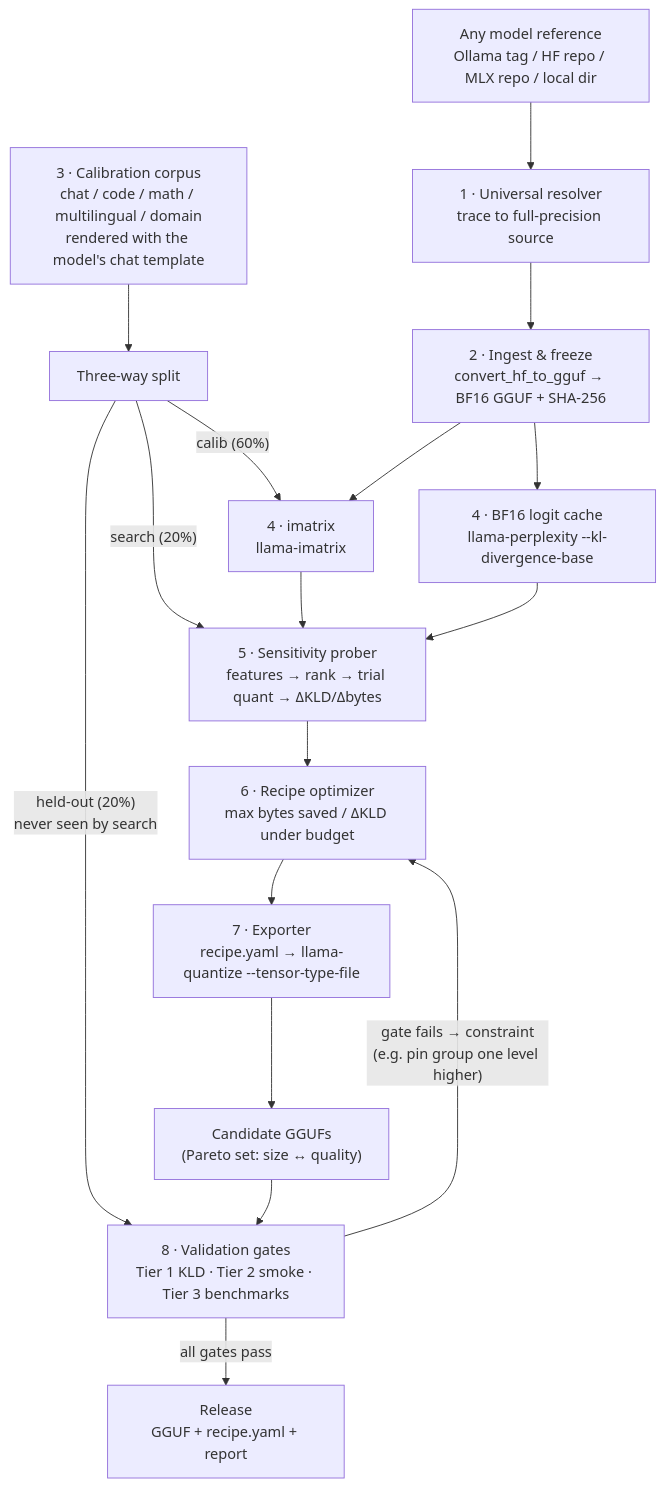
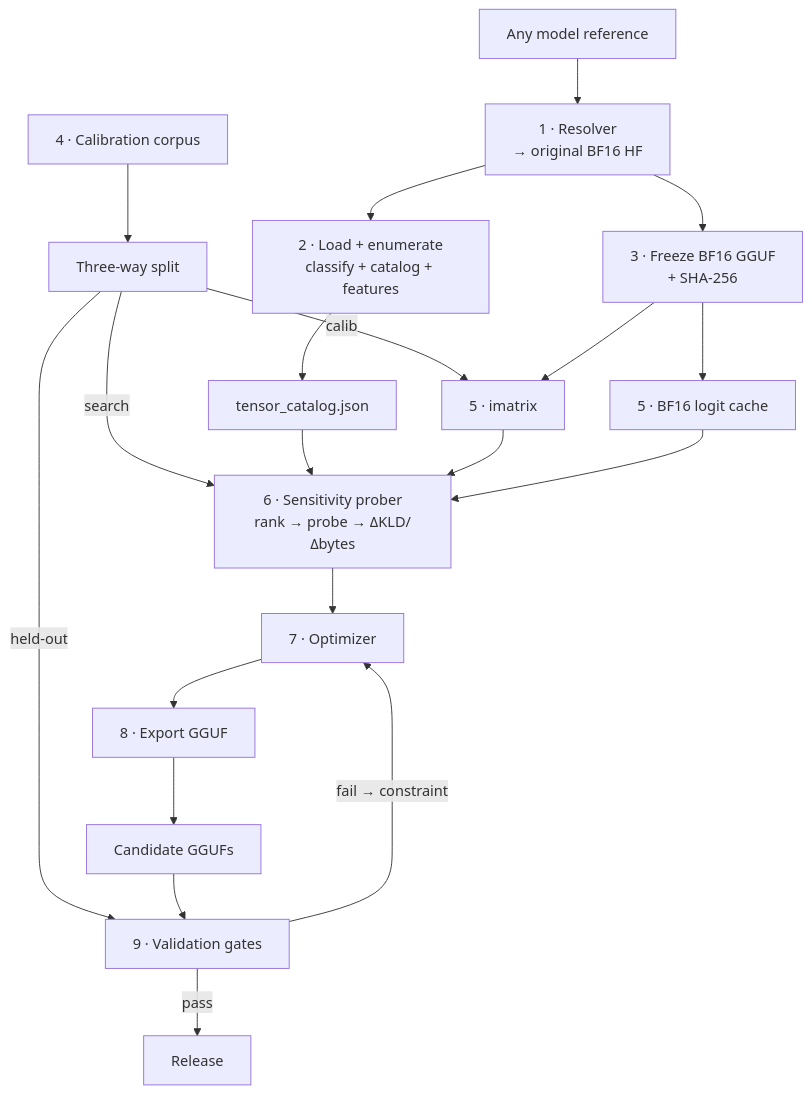
Before and after one commit to imrrohitt/OpenDynamicGGUF: the diagram in README.md, drawn with Mermaid. The commit also changed other lines of this file, not shown here.

Commit message:
README: resolve → load → classify → catalog → features

````diff
--- a/README.md
+++ b/README.md
@@ -87,19 +119,22 @@
 ```mermaid
 flowchart TD
-    A["Any model reference\nOllama tag / HF repo / MLX repo / local dir"] --> R["1 · Universal resolver\ntrace to full-precision source"]
-    R --> B["2 · Ingest & freeze\nconvert_hf_to_gguf → BF16 GGUF + SHA-256"]
-    C["3 · Calibration corpus\nchat / code / math / multilingual / domain\nrendered with the model's chat template"] --> D["Three-way split"]
-    D -->|"calib (60%)"| E["4 · imatrix\nllama-imatrix"]
-    D -->|"search (20%)"| G
-    D -->|"held-out (20%)\nnever seen by search"| K
+    A["Any model reference"] --> R["1 · Resolver\n→ original BF16 HF"]
+    R --> L["2 · Load + enumerate\nclassify + catalog + features"]
+    R --> B["3 · Freeze BF16 GGUF\n+ SHA-256"]
+    L --> CAT["tensor_catalog.json"]
+    C["4 · Calibration corpus"] --> D["Three-way split"]
+    D -->|"calib"| E["5 · imatrix"]
+    D -->|"search"| G
+    D -->|"held-out"| K
     B --> E
-    B --> F["4 · BF16 logit cache\nllama-perplexity --kl-divergence-base"]
-    E --> G["5 · Sensitivity prober\nfeatures → rank → trial quant → ΔKLD/Δbytes"]
+    B --> F["5 · BF16 logit cache"]
+    CAT --> G["6 · Sensitivity prober\nrank → probe → ΔKLD/Δbytes"]
+    E --> G
     F --> G
-    G --> H["6 · Recipe optimizer\nmax bytes saved / ΔKLD under budget"]
-    H --> I["7 · Exporter\nrecipe.yaml → llama-quantize --tensor-type-file"]
-    I --> J["Candidate GGUFs\n(Pareto set: size ↔ quality)"]
-    J --> K["8 · Validation gates\nTier 1 KLD · Tier 2 smoke · Tier 3 benchmarks"]
-    K -->|"gate fails → constraint\n(e.g. pin group one level higher)"| H
-    K -->|"all gates pass"| L["Release\nGGUF + recipe.yaml + report"]
+    G --> H["7 · Optimizer"]
+    H --> I["8 · Export GGUF"]
+    I --> J["Candidate GGUFs"]
+    J --> K["9 · Validation gates"]
+    K -->|"fail → constraint"| H
+    K -->|"pass"| REL["Release"]
 ```
````
